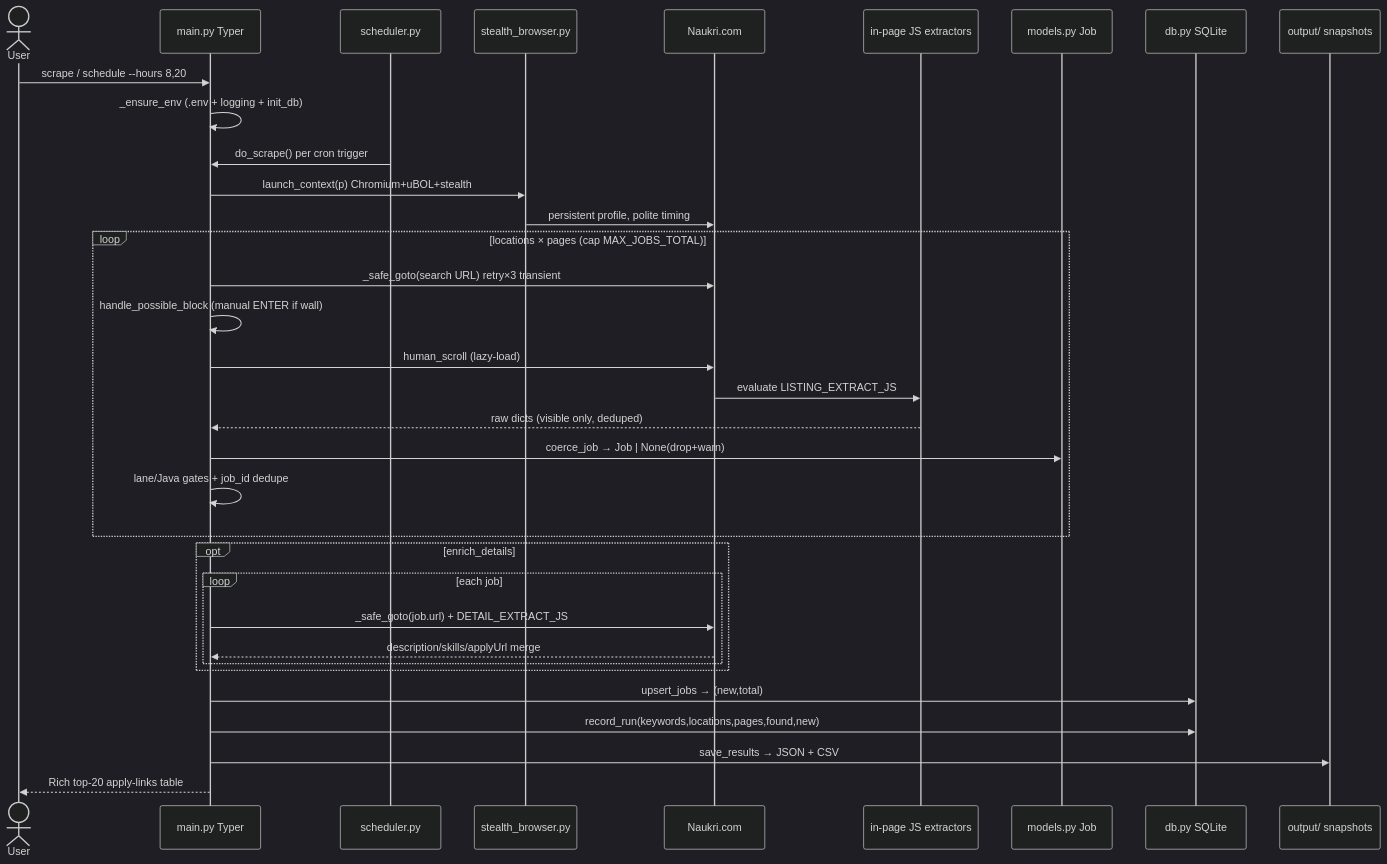
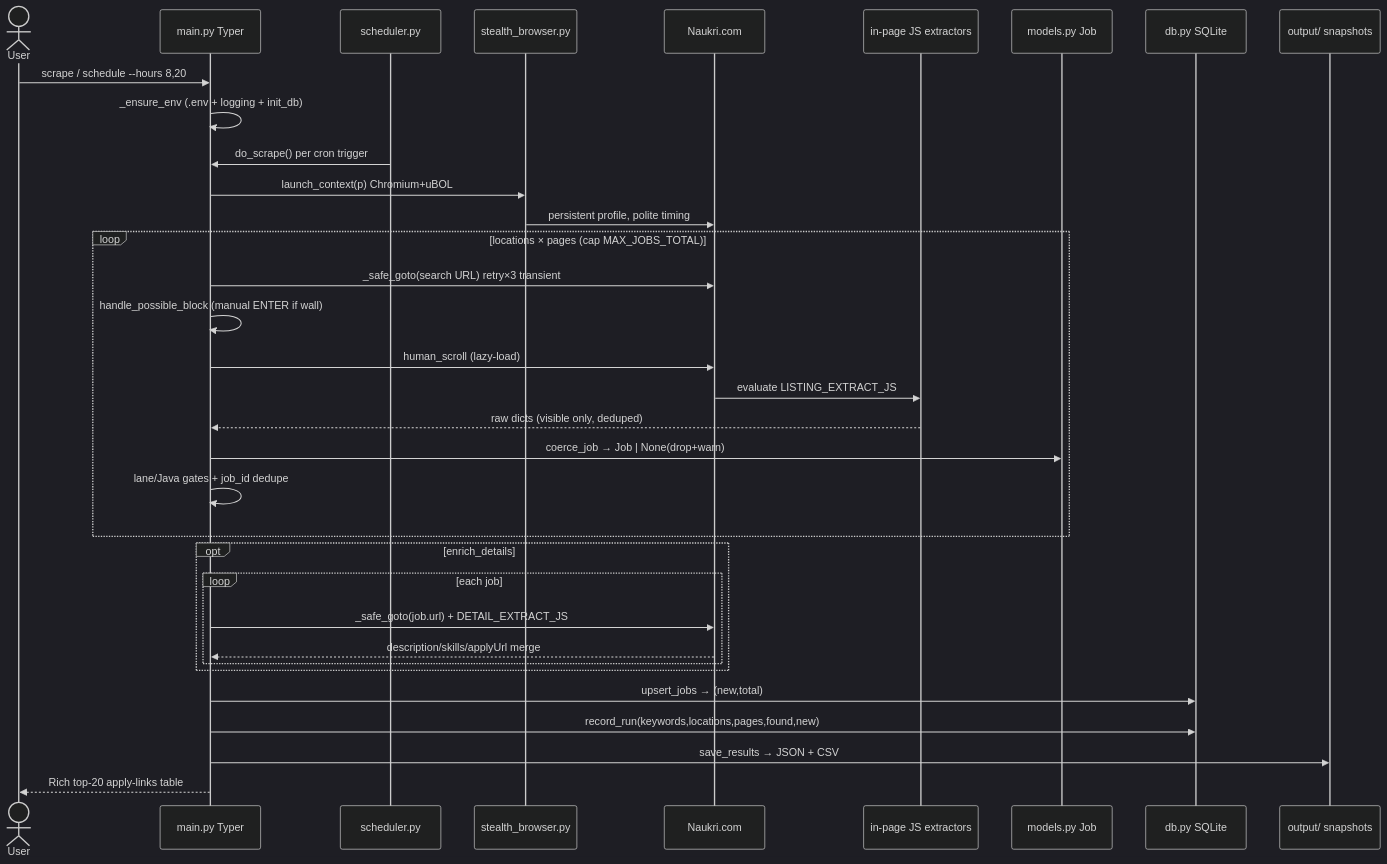
The fourth of 10 diagrams in docs/CODE_EXPLANATION.md (AslamNazeerShaikh/PythonWebScraping), drawn with Mermaid (dark theme) before and after one commit. The commit also changed other lines of this file and 4 other files, not shown here.

````diff
--- a/docs/CODE_EXPLANATION.md
+++ b/docs/CODE_EXPLANATION.md
@@ -442,36 +443,36 @@
 ```mermaid
 sequenceDiagram
     actor User
     participant CLI as main.py Typer
     participant Sched as scheduler.py
     participant Brow as stealth_browser.py
     participant Site as Naukri.com
     participant JS as in-page JS extractors
     participant Val as models.py Job
     participant DB as db.py SQLite
     participant Files as output/ snapshots
     User->>CLI: scrape / schedule --hours 8,20
     CLI->>CLI: _ensure_env (.env + logging + init_db)
     Sched->>CLI: do_scrape() per cron trigger
-    CLI->>Brow: launch_context(p) Chromium+uBOL+stealth
+    CLI->>Brow: launch_context(p) Chromium+uBOL
     Brow->>Site: persistent profile, polite timing
     loop locations × pages (cap MAX_JOBS_TOTAL)
         CLI->>Site: _safe_goto(search URL) retry×3 transient
         CLI->>CLI: handle_possible_block (manual ENTER if wall)
         CLI->>Site: human_scroll (lazy-load)
         Site->>JS: evaluate LISTING_EXTRACT_JS
         JS-->>CLI: raw dicts (visible only, deduped)
         CLI->>Val: coerce_job → Job | None(drop+warn)
         CLI->>CLI: lane/Java gates + job_id dedupe
     end
     opt enrich_details
         loop each job
             CLI->>Site: _safe_goto(job.url) + DETAIL_EXTRACT_JS
             Site-->>CLI: description/skills/applyUrl merge
         end
     end
     CLI->>DB: upsert_jobs → (new,total)
     CLI->>DB: record_run(keywords,locations,pages,found,new)
     CLI->>Files: save_results → JSON + CSV
     CLI-->>User: Rich top-20 apply-links table
 ```
````
